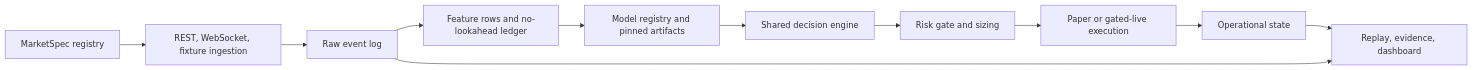
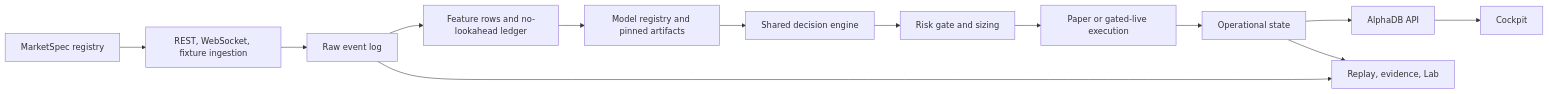
Before and after one commit to sidmohan0/alphadb: the diagram in README.md, drawn with Mermaid. The commit also changed other lines of this file and 7 other files, not shown here.

Commit message:
docs: codify cockpit and API boundaries

````diff
--- a/README.md
+++ b/README.md
@@ -112,13 +113,15 @@
 ```mermaid
 flowchart LR
     spec["MarketSpec registry"] --> ingest["REST, WebSocket, fixture ingestion"]
     ingest --> log["Raw event log"]
     log --> features["Feature rows and no-lookahead ledger"]
     features --> registry["Model registry and pinned artifacts"]
     registry --> decision["Shared decision engine"]
     decision --> risk["Risk gate and sizing"]
     risk --> execute["Paper or gated-live execution"]
     execute --> state["Operational state"]
-    state --> replay["Replay, evidence, dashboard"]
+    state --> api["AlphaDB API"]
+    api --> cockpit["Cockpit"]
+    state --> replay["Replay, evidence, Lab"]
     log --> replay
 ```
````
